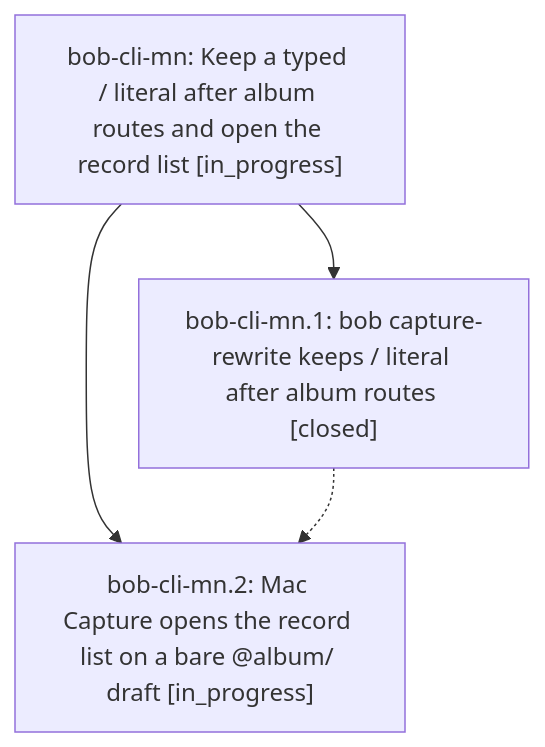
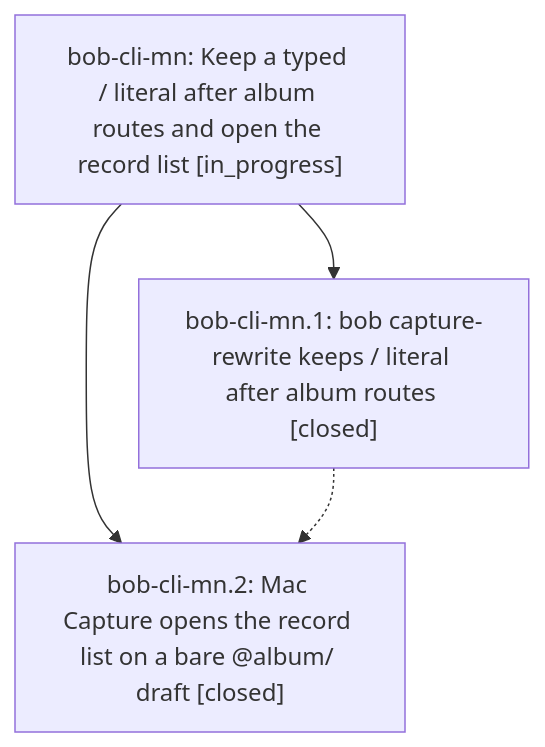
One commit to bobs-org/bob-cli--beads changed the diagram in pages/bob-cli-mn/README.md. Above: the diagram before and after it, drawn with Mermaid. The commit also changed other lines of this file and 2 other files, not shown here.

First line of the commit message:
chore(beads): sync bead state and pages for bob-cli-mn

````diff
--- a/pages/bob-cli-mn/README.md
+++ b/pages/bob-cli-mn/README.md
@@ -35,9 +35,9 @@
 ```mermaid
 flowchart TD
     n0["bob-cli-mn: Keep a typed / literal after album routes and open the record list [in_progress]"]
     n1["bob-cli-mn.1: bob capture-rewrite keeps / literal after album routes [closed]"]
-    n2["bob-cli-mn.2: Mac Capture opens the record list on a bare @album/ draft [in_progress]"]
+    n2["bob-cli-mn.2: Mac Capture opens the record list on a bare @album/ draft [closed]"]
     n0 --> n1
     n0 --> n2
     n1 -.-> n2
 ```
````
